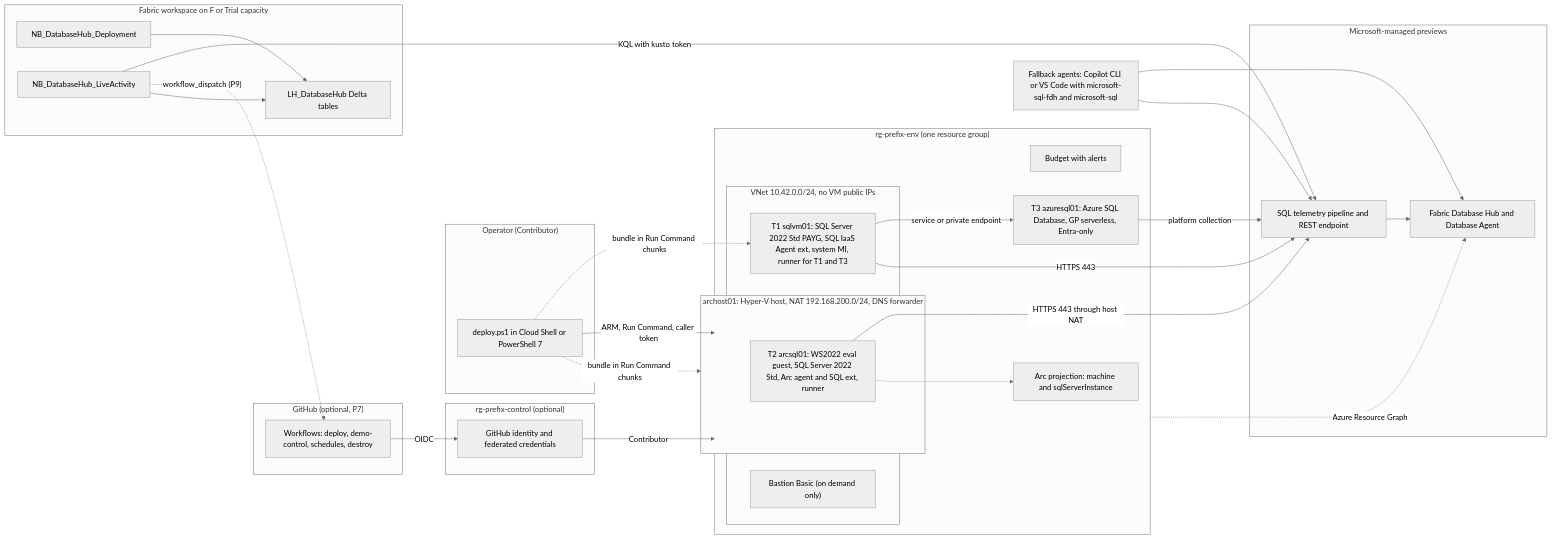
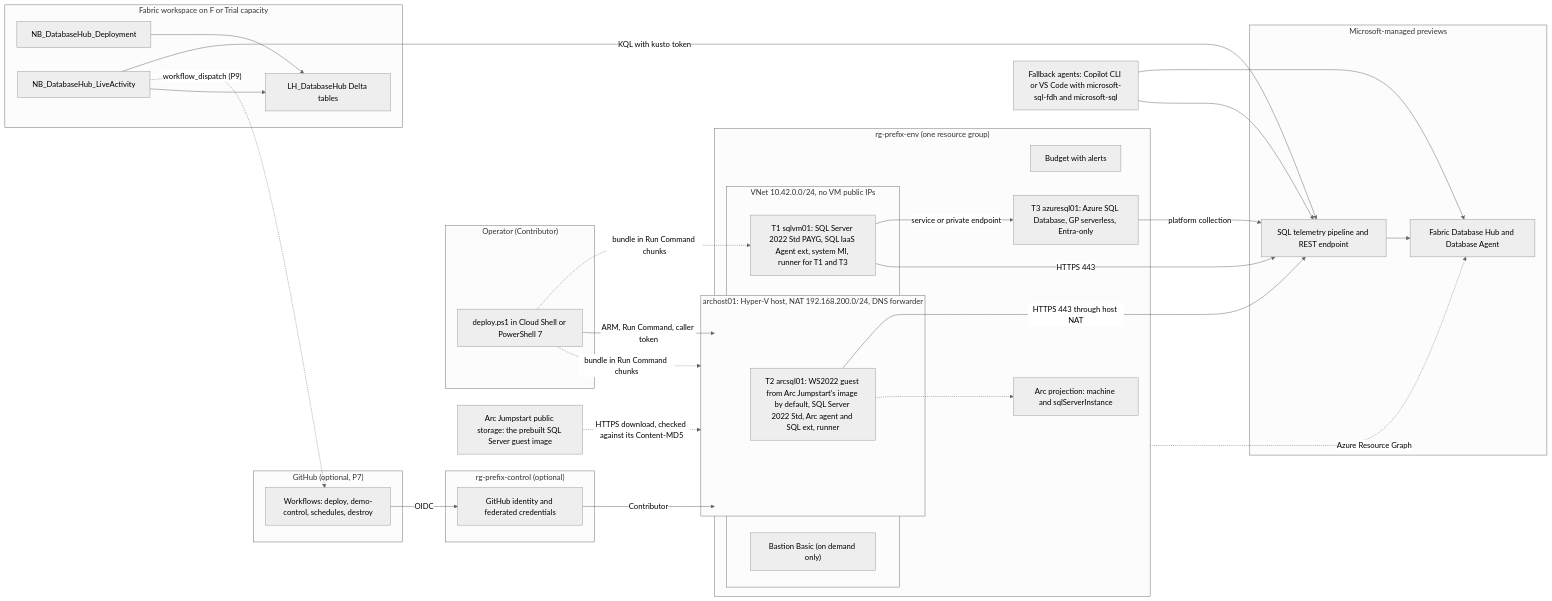
One commit to MarcBushong/fabric-database-hub-demo changed the first of 4 diagrams in docs/architecture.md. Above: the diagram before and after it, drawn with Mermaid (neutral theme). The commit also changed other lines of this file and 76 other files, not shown here.

````diff
--- a/docs/architecture.md
+++ b/docs/architecture.md
@@ -23,52 +23,54 @@
 ```mermaid
 flowchart LR
   subgraph OPS["Operator (Contributor)"]
     CLI["deploy.ps1 in Cloud Shell or PowerShell 7"]
   end
   subgraph GH["GitHub (optional, P7)"]
     ACT["Workflows: deploy, demo-control, schedules, destroy"]
   end
   subgraph CTRL["rg-prefix-control (optional)"]
     UAMI["GitHub identity and federated credentials"]
   end
   subgraph RG["rg-prefix-env (one resource group)"]
     BUD["Budget with alerts"]
     subgraph VNET["VNet 10.42.0.0/24, no VM public IPs"]
       T1["T1 sqlvm01: SQL Server 2022 Std PAYG, SQL IaaS Agent ext, system MI, runner for T1 and T3"]
       subgraph HOST["archost01: Hyper-V host, NAT 192.168.200.0/24, DNS forwarder"]
-        T2["T2 arcsql01: WS2022 eval guest, SQL Server 2022 Std, Arc agent and SQL ext, runner"]
+        T2["T2 arcsql01: WS2022 guest from Arc Jumpstart's image by default, SQL Server 2022 Std, Arc agent and SQL ext, runner"]
       end
       BAS["Bastion Basic (on demand only)"]
     end
     T3["T3 azuresql01: Azure SQL Database, GP serverless, Entra-only"]
     ARC["Arc projection: machine and sqlServerInstance"]
   end
+  JS["Arc Jumpstart public storage: the prebuilt SQL Server guest image"]
   subgraph MS["Microsoft-managed previews"]
     TEL["SQL telemetry pipeline and REST endpoint"]
     HUB["Fabric Database Hub and Database Agent"]
   end
   subgraph FAB["Fabric workspace on F or Trial capacity"]
     NB1["NB_DatabaseHub_Deployment"]
     NB2["NB_DatabaseHub_LiveActivity"]
     LH["LH_DatabaseHub Delta tables"]
   end
   AG["Fallback agents: Copilot CLI or VS Code with microsoft-sql-fdh and microsoft-sql"]
   CLI -->|"ARM, Run Command, caller token"| RG
   ACT -->|"OIDC"| UAMI
   UAMI -->|"Contributor"| RG
   CLI -.->|"bundle in Run Command chunks"| T1
   CLI -.->|"bundle in Run Command chunks"| HOST
+  JS -.->|"HTTPS download, checked against its Content-MD5"| HOST
   T1 -->|"service or private endpoint"| T3
   T1 -->|"HTTPS 443"| TEL
   T2 -->|"HTTPS 443 through host NAT"| TEL
   T2 -.-> ARC
   T3 -->|"platform collection"| TEL
   TEL --> HUB
   RG -.->|"Azure Resource Graph"| HUB
   NB2 -->|"KQL with kusto token"| TEL
   NB2 -.->|"workflow_dispatch (P9)"| ACT
   NB1 --> LH
   NB2 --> LH
   AG --> HUB
   AG --> TEL
 ```
````
